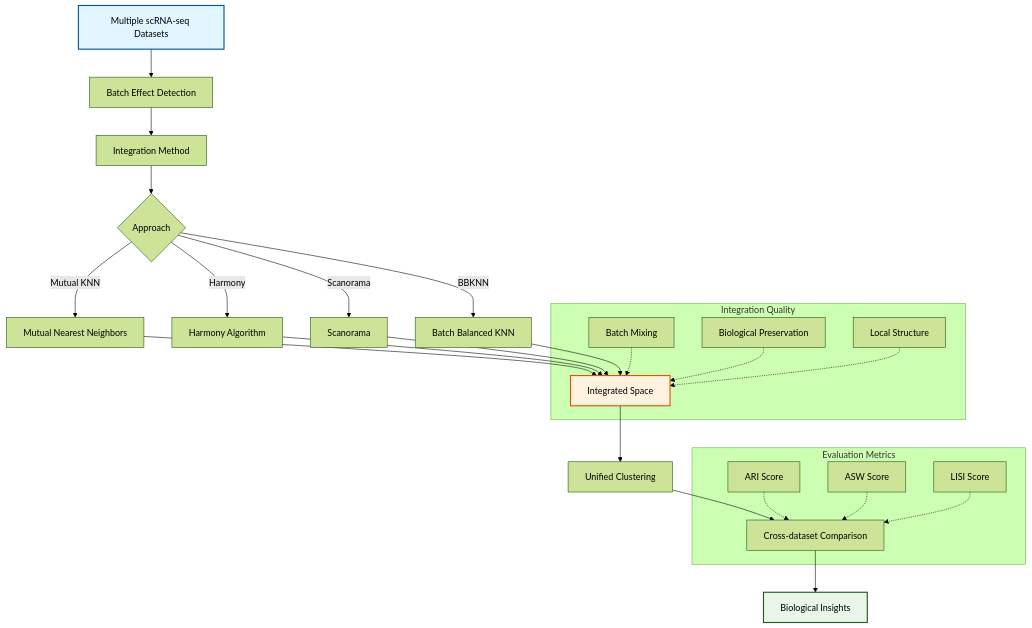
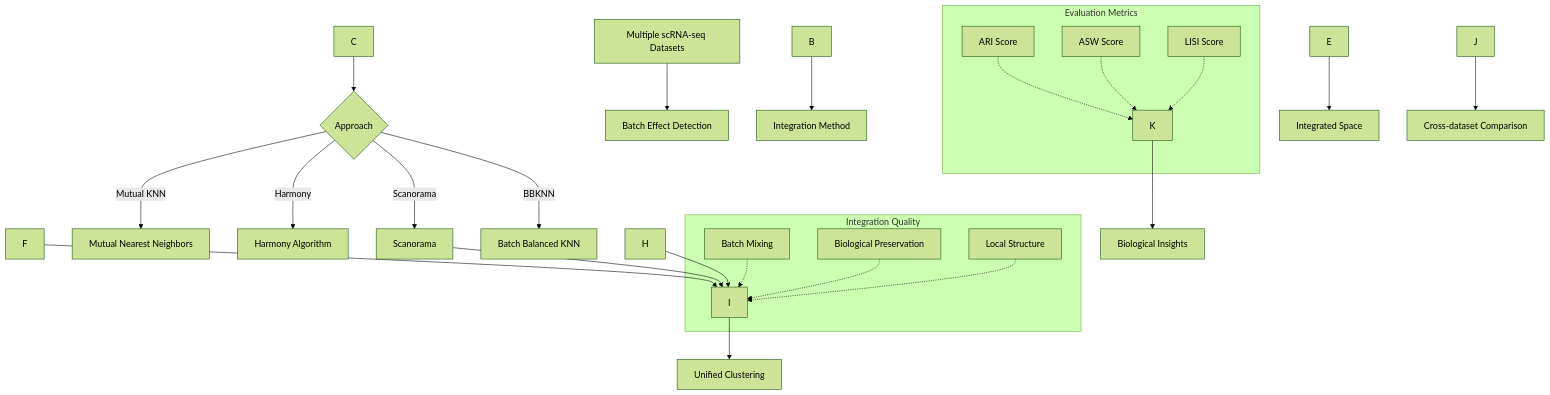
One commit to docxology/MetaInformAnt changed the fifth of 6 diagrams in src/metainformant/singlecell/README.md. Above: the diagram before and after it, drawn with Mermaid (forest theme). The commit also changed other lines of this file and 611 other files, not shown here.

````diff
--- a/src/metainformant/singlecell/README.md
+++ b/src/metainformant/singlecell/README.md
@@ -229,36 +220,33 @@
 ```mermaid
 graph TD
-    A[Multiple scRNA-seq Datasets] --> B[Batch Effect Detection]
-    B --> C[Integration Method]
+    AmultipleScrna-seqDatasets[Multiple scRNA-seq Datasets] --> BbatchEffectDetection[Batch Effect Detection]
+    B --> CintegrationMethod[Integration Method]
 
     C --> D{Approach}
-    D -->|Mutual KNN| E[Mutual Nearest Neighbors]
-    D -->|Harmony| F[Harmony Algorithm]
+    D -->|Mutual KNN| EmutualNearestNeighbors[Mutual Nearest Neighbors]
+    D -->|Harmony| FharmonyAlgorithm[Harmony Algorithm]
     D -->|Scanorama| G[Scanorama]
-    D -->|BBKNN| H[Batch Balanced KNN]
+    D -->|BBKNN| HbatchBalancedKnn[Batch Balanced KNN]
 
-    E --> I[Integrated Space]
+    E --> IintegratedSpace[Integrated Space]
     F --> I
     G --> I
     H --> I
 
-    I --> J[Unified Clustering]
-    J --> K[Cross-dataset Comparison]
-    K --> L[Biological Insights]
+    I --> JunifiedClustering[Unified Clustering]
+    J --> Kcross-datasetComparison[Cross-dataset Comparison]
+    K --> LbiologicalInsights[Biological Insights]
 
-    style A fill:#e1f5fe,stroke:#01579b,stroke-width:2px
-    style I fill:#fff3e0,stroke:#e65100,stroke-width:2px
-    style L fill:#e8f5e8,stroke:#1b5e20,stroke-width:2px
 
     subgraph "Integration Quality"
-        M[Batch Mixing] -.-> I
-        N[Biological Preservation] -.-> I
-        O[Local Structure] -.-> I
+        MbatchMixing[Batch Mixing] -.-> I
+        NbiologicalPreservation[Biological Preservation] -.-> I
+        OlocalStructure[Local Structure] -.-> I
     end
 
     subgraph "Evaluation Metrics"
-        P[ARI Score] -.-> K
-        Q[ASW Score] -.-> K
-        R[LISI Score] -.-> K
+        PariScore[ARI Score] -.-> K
+        QaswScore[ASW Score] -.-> K
+        RlisiScore[LISI Score] -.-> K
     end
 ```
````
